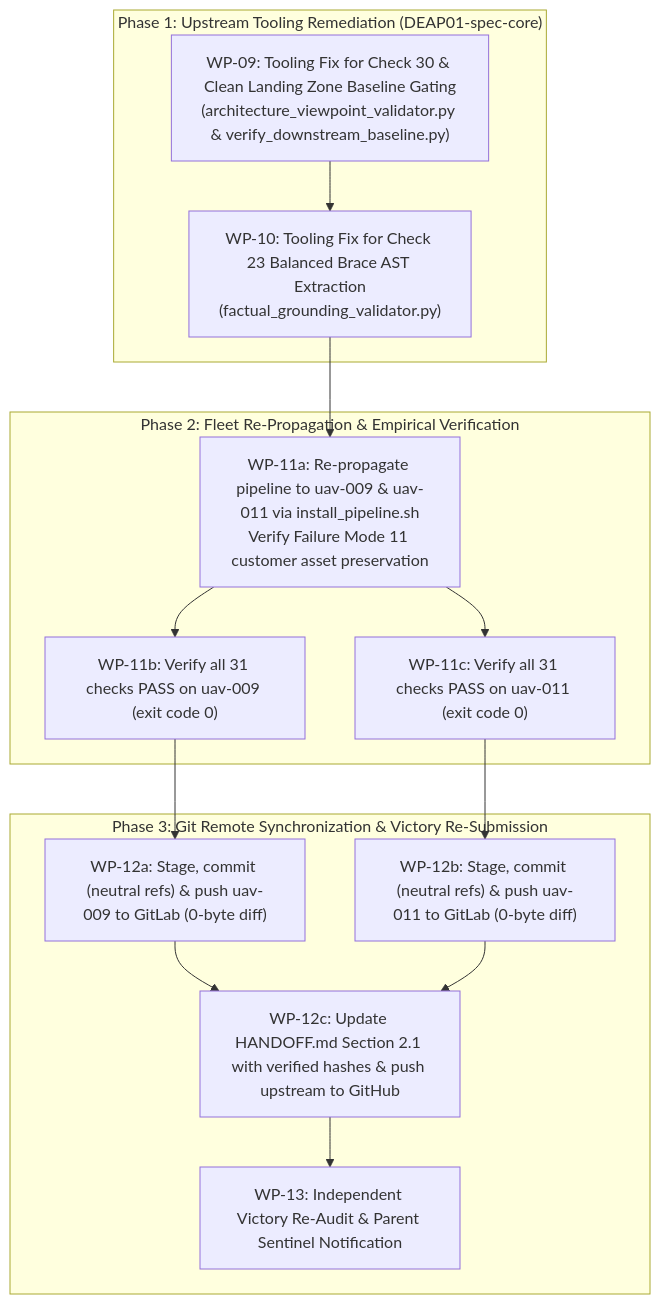
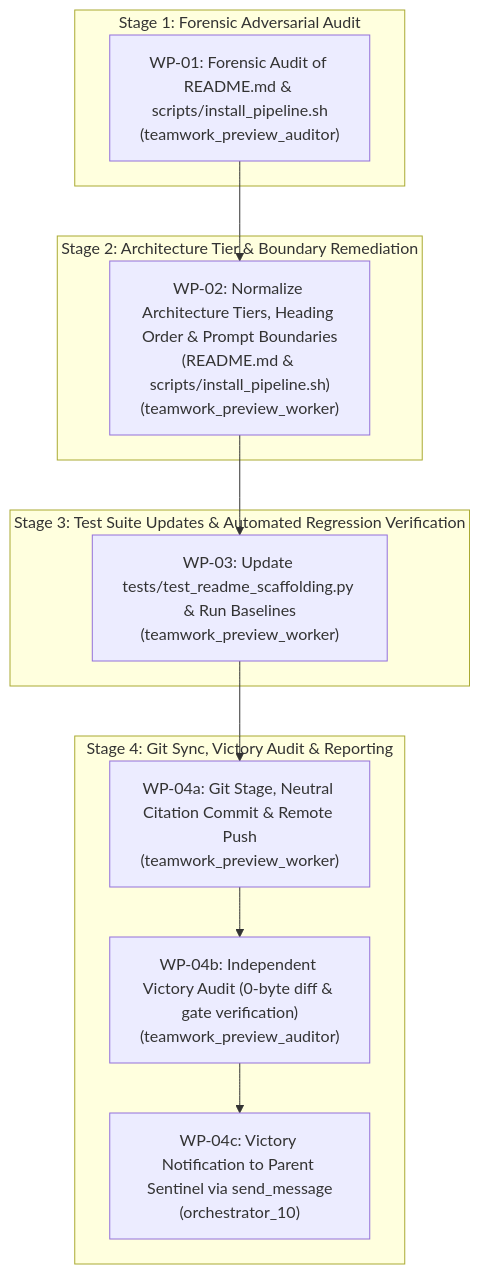
Before and after one commit to gintatkinson/DEAP01-spec-core: the diagram in implementation_plan.md, drawn with Mermaid. The commit also changed other lines of this file and 2 other files, not shown here.

Commit message:
docs(readme): normalize architecture tiers, fix heading sequence, and harden repository boundary (refs #371, refs #368)

````diff
--- a/implementation_plan.md
+++ b/implementation_plan.md
@@ -19,29 +36,26 @@
 ```mermaid
 flowchart TD
-    subgraph Phase1 ["Phase 1: Upstream Tooling Remediation (DEAP01-spec-core)"]
-        WP09["WP-09: Tooling Fix for Check 30 & Clean Landing Zone Baseline Gating<br/>(architecture_viewpoint_validator.py & verify_downstream_baseline.py)"]
-        WP10["WP-10: Tooling Fix for Check 23 Balanced Brace AST Extraction<br/>(factual_grounding_validator.py)"]
-        WP09 --> WP10
+    subgraph Audit ["Stage 1: Forensic Adversarial Audit"]
+        WP01["WP-01: Forensic Audit of README.md & scripts/install_pipeline.sh<br/>(teamwork_preview_auditor)"]
     end
 
-    subgraph Phase2 ["Phase 2: Fleet Re-Propagation & Empirical Verification"]
-        WP11_Install["WP-11a: Re-propagate pipeline to uav-009 & uav-011 via install_pipeline.sh<br/>Verify Failure Mode 11 customer asset preservation"]
-        WP11_Gate009["WP-11b: Verify all 31 checks PASS on uav-009 (exit code 0)"]
-        WP11_Gate011["WP-11c: Verify all 31 checks PASS on uav-011 (exit code 0)"]
-        WP10 --> WP11_Install
-        WP11_Install --> WP11_Gate009
-        WP11_Install --> WP11_Gate011
+    subgraph Remediation ["Stage 2: Architecture Tier & Boundary Remediation"]
+        WP02["WP-02: Normalize Architecture Tiers, Heading Order & Prompt Boundaries<br/>(README.md & scripts/install_pipeline.sh)<br/>(teamwork_preview_worker)"]
     end
 
-    subgraph Phase3 ["Phase 3: Git Remote Synchronization & Victory Re-Submission"]
-        WP12_Sync009["WP-12a: Stage, commit (neutral refs) & push uav-009 to GitLab (0-byte diff)"]
-        WP12_Sync011["WP-12b: Stage, commit (neutral refs) & push uav-011 to GitLab (0-byte diff)"]
-        WP12_SyncUpstream["WP-12c: Update HANDOFF.md Section 2.1 with verified hashes & push upstream to GitHub"]
-        WP13_Victory["WP-13: Independent Victory Re-Audit & Parent Sentinel Notification"]
-        WP11_Gate009 --> WP12_Sync009
-        WP11_Gate011 --> WP12_Sync011
-        WP12_Sync009 --> WP12_SyncUpstream
-        WP12_Sync011 --> WP12_SyncUpstream
-        WP12_SyncUpstream --> WP13_Victory
+    subgraph Verification ["Stage 3: Test Suite Updates & Automated Regression Verification"]
+        WP03["WP-03: Update tests/test_readme_scaffolding.py & Run Baselines<br/>(teamwork_preview_worker)"]
     end
+
+    subgraph Delivery ["Stage 4: Git Sync, Victory Audit & Reporting"]
+        WP04_Sync["WP-04a: Git Stage, Neutral Citation Commit & Remote Push<br/>(teamwork_preview_worker)"]
+        WP04_Audit["WP-04b: Independent Victory Audit (0-byte diff & gate verification)<br/>(teamwork_preview_auditor)"]
+        WP04_Report["WP-04c: Victory Notification to Parent Sentinel via send_message<br/>(orchestrator_10)"]
+        WP04_Sync --> WP04_Audit
+        WP04_Audit --> WP04_Report
+    end
+
+    WP01 --> WP02
+    WP02 --> WP03
+    WP03 --> WP04_Sync
 ```
````
